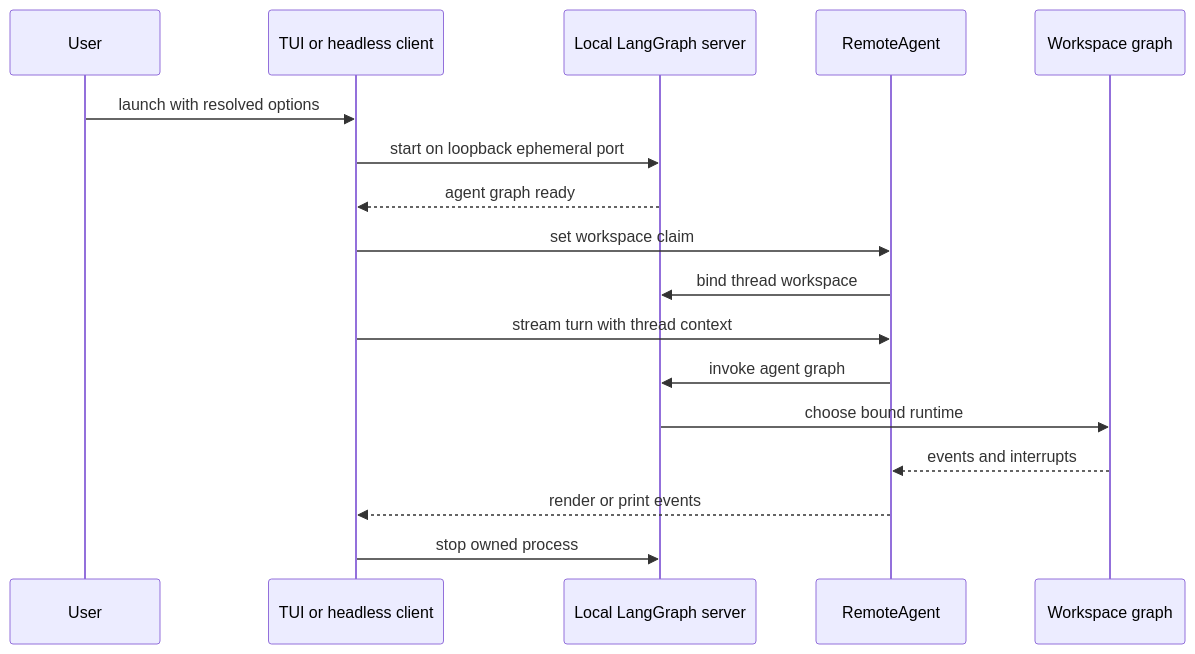
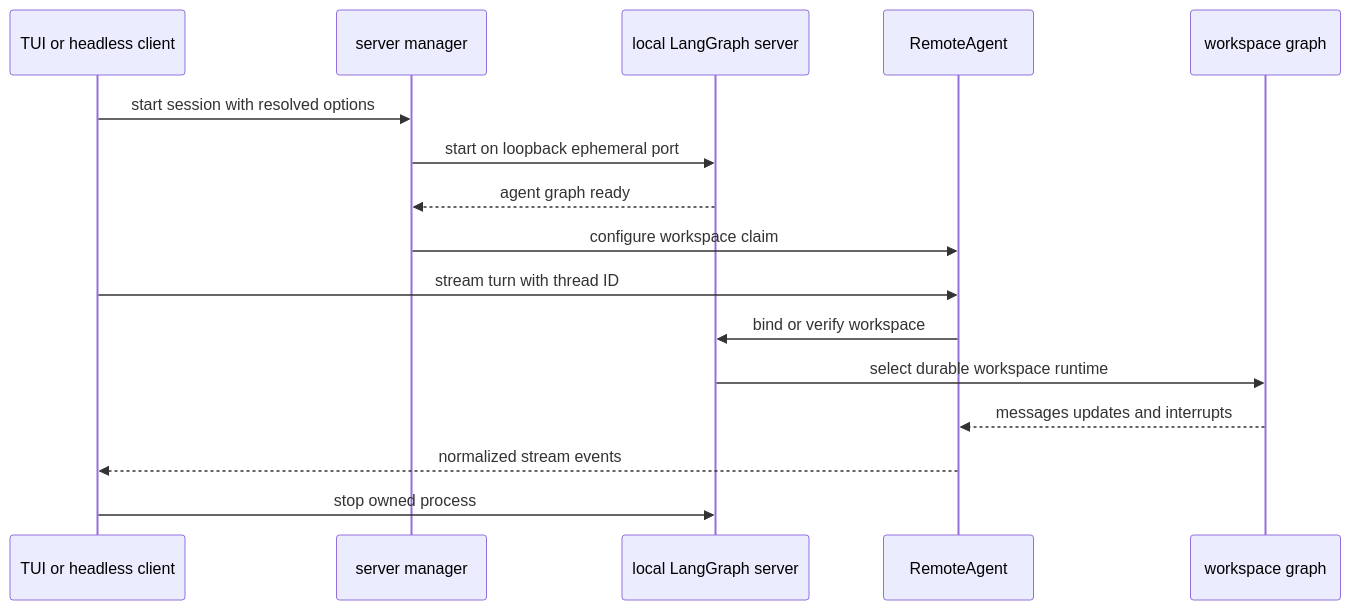
Before and after one commit to langchain-ai/deepagents: the second of 3 diagrams in openwiki/workflows/run-dcode-session.md, drawn with Mermaid. The commit also changed other lines of this file and 69 other files, not shown here.

````diff
--- a/openwiki/workflows/run-dcode-session.md
+++ b/openwiki/workflows/run-dcode-session.md
@@ -119,19 +104,18 @@
 ```mermaid
 sequenceDiagram
-    participant User
     participant Client as TUI or headless client
-    participant Server as Local LangGraph server
-    participant Agent as RemoteAgent
-    participant Graph as Workspace graph
-    User->>Client: launch with resolved options
-    Client->>Server: start on loopback ephemeral port
-    Server-->>Client: agent graph ready
-    Client->>Agent: set workspace claim
-    Agent->>Server: bind thread workspace
-    Client->>Agent: stream turn with thread context
-    Agent->>Server: invoke agent graph
-    Server->>Graph: choose bound runtime
-    Graph-->>Agent: events and interrupts
-    Agent-->>Client: render or print events
+    participant Manager as server manager
+    participant Server as local LangGraph server
+    participant Remote as RemoteAgent
+    participant Graph as workspace graph
+    Client->>Manager: start session with resolved options
+    Manager->>Server: start on loopback ephemeral port
+    Server-->>Manager: agent graph ready
+    Manager->>Remote: configure workspace claim
+    Client->>Remote: stream turn with thread ID
+    Remote->>Server: bind or verify workspace
+    Server->>Graph: select durable workspace runtime
+    Graph-->>Remote: messages updates and interrupts
+    Remote-->>Client: normalized stream events
     Client->>Server: stop owned process
 ```
````
